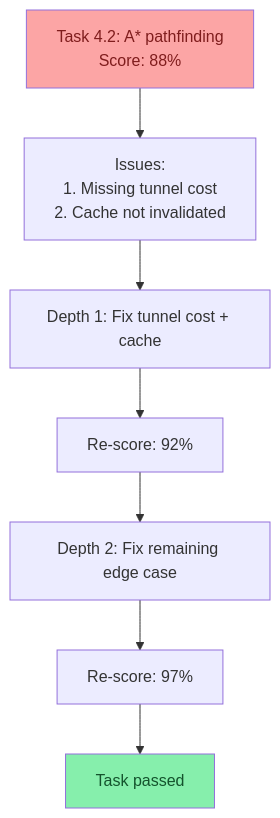
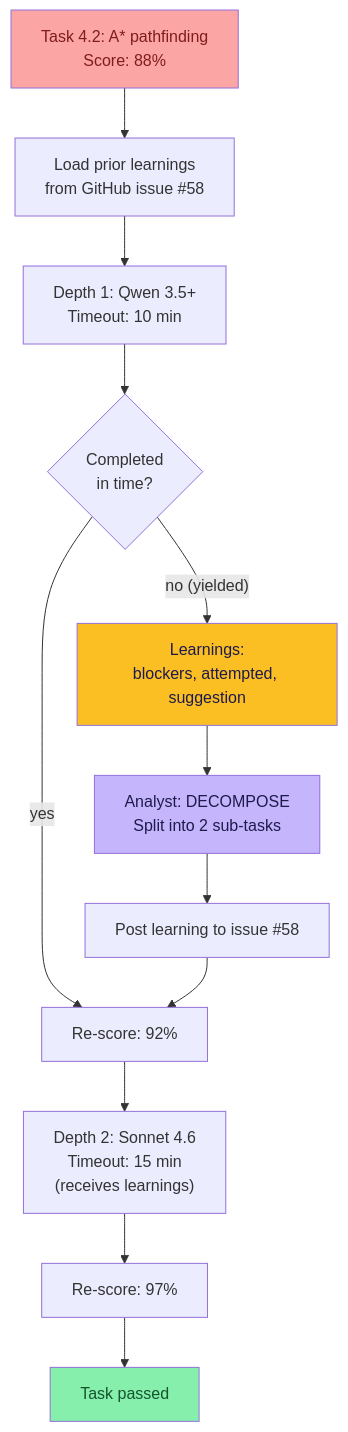
Before and after one commit to Holovkat/pi-extensions: the seventh of 9 diagrams in README.md, drawn with Mermaid. The commit also changed other lines of this file and 1 other file, not shown here.

````diff
--- a/README.md
+++ b/README.md
@@ -340,12 +365,19 @@
 ```mermaid
 graph TD
-    SCORE["Task 4.2: A* pathfinding<br/>Score: 88%"] --> ISSUES["Issues:<br/>1. Missing tunnel cost<br/>2. Cache not invalidated"]
-    ISSUES --> FIX1["Depth 1: Fix tunnel cost + cache"]
-    FIX1 --> RESCORE1["Re-score: 92%"]
-    RESCORE1 --> FIX2["Depth 2: Fix remaining edge case"]
+    SCORE["Task 4.2: A* pathfinding<br/>Score: 88%"] --> SEED["Load prior learnings<br/>from GitHub issue #58"]
+    SEED --> FIX1["Depth 1: Qwen 3.5+<br/>Timeout: 10 min"]
+    FIX1 --> DONE1{"Completed<br/>in time?"}
+    DONE1 -->|yes| RESCORE1["Re-score: 92%"]
+    DONE1 -->|"no (yielded)"| LEARN1["Learnings:<br/>blockers, attempted, suggestion"]
+    LEARN1 --> ANALYST1["Analyst: DECOMPOSE<br/>Split into 2 sub-tasks"]
+    ANALYST1 --> POST1["Post learning to issue #58"]
+    POST1 --> RESCORE1
+    RESCORE1 --> FIX2["Depth 2: Sonnet 4.6<br/>Timeout: 15 min<br/>(receives learnings)"]
     FIX2 --> RESCORE2["Re-score: 97%"]
     RESCORE2 --> PASS["Task passed"]
 
     style SCORE fill:#fca5a5,color:#7f1d1d
     style PASS fill:#86efac,color:#14532d
+    style ANALYST1 fill:#c4b5fd,color:#1e1b4b
+    style LEARN1 fill:#fbbf24,color:#1e1b4b
 ```
````
